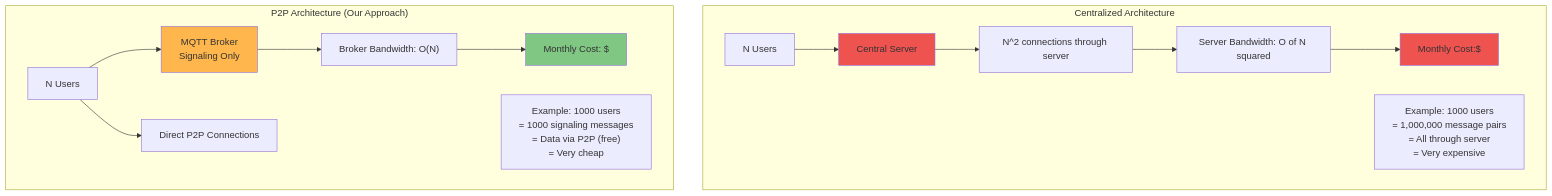
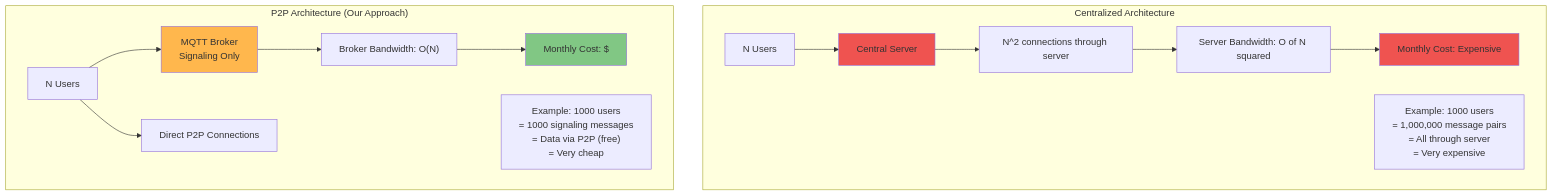
One commit to amr-kasem/distributed-systems-flutter-chat-peer changed the sixth of 10 diagrams in reference_docs/DISTRIBUTED_SYSTEMS_DIAGRAMS.md. Above: the diagram before and after it, drawn with Mermaid.

````diff
--- a/reference_docs/DISTRIBUTED_SYSTEMS_DIAGRAMS.md
+++ b/reference_docs/DISTRIBUTED_SYSTEMS_DIAGRAMS.md
@@ -341,37 +341,37 @@
 ```mermaid
 graph TB
     subgraph "Centralized Architecture"
         C_Users["N Users"]
         C_Server["Central Server"]
         C_Connections["N^2 connections through server"]
         C_Bandwidth["Server Bandwidth: O of N squared"]
-        C_Cost["Monthly Cost: $$$$$"]
+        C_Cost["Monthly Cost: Expensive"]
         
         C_Users --> C_Server
         C_Server --> C_Connections
         C_Connections --> C_Bandwidth
         C_Bandwidth --> C_Cost
         
         C_Example["Example: 1000 users<br/>= 1,000,000 message pairs<br/>= All through server<br/>= Very expensive"]
     end
     
     subgraph "P2P Architecture (Our Approach)"
         P_Users["N Users"]
         P_Broker["MQTT Broker<br/>Signaling Only"]
         P_Direct["Direct P2P Connections"]
         P_Bandwidth["Broker Bandwidth: O(N)"]
         P_Cost["Monthly Cost: $"]
         
         P_Users --> P_Broker
         P_Users --> P_Direct
         P_Broker --> P_Bandwidth
         P_Bandwidth --> P_Cost
         
         P_Example["Example: 1000 users<br/>= 1000 signaling messages<br/>= Data via P2P (free)<br/>= Very cheap"]
     end
     
     style C_Cost fill:#ef5350
     style P_Cost fill:#81c784
     style C_Server fill:#ef5350
     style P_Broker fill:#ffb74d
 ```
````
